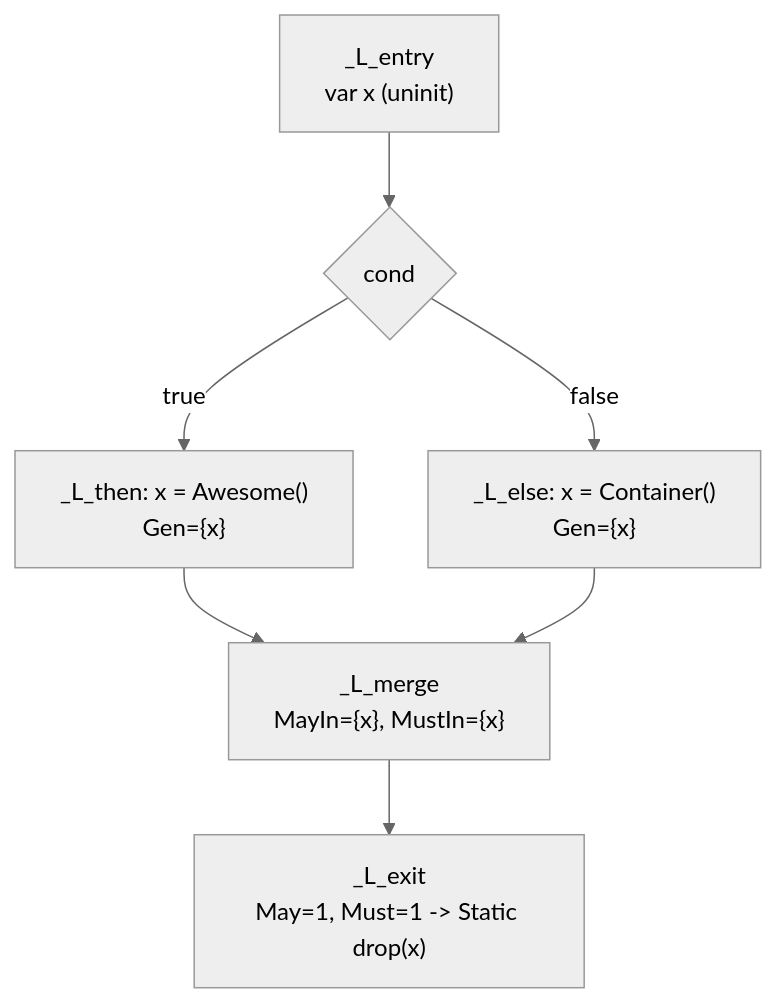
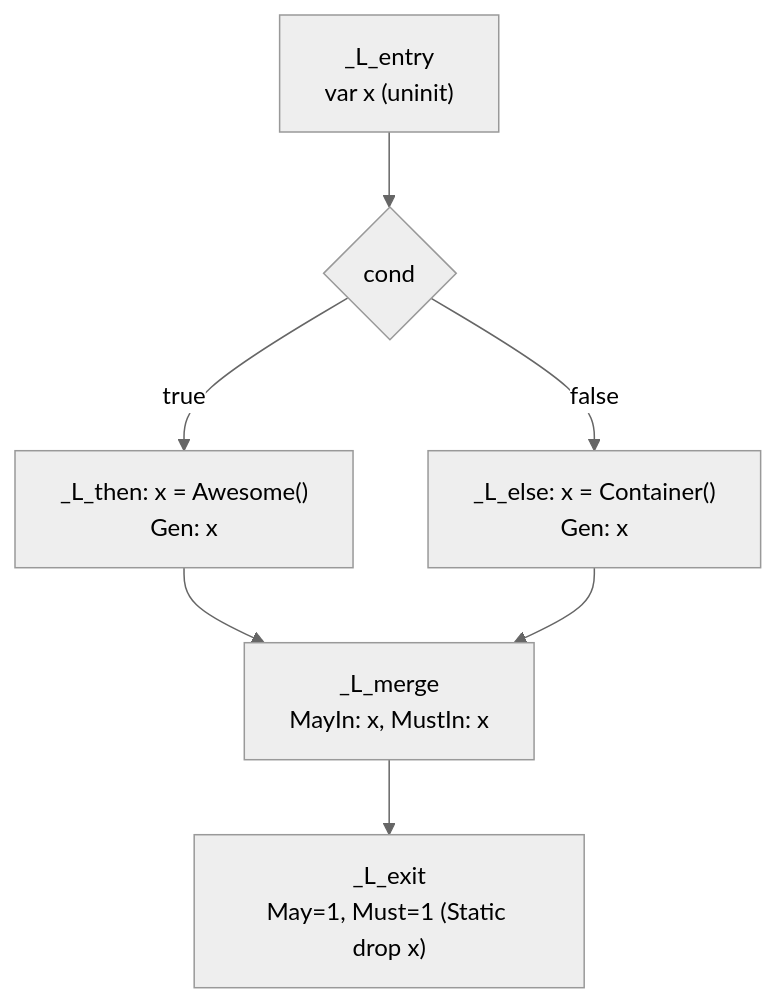
One commit to cxy-lang/cxy changed the sixth of 6 diagrams in src/cxy/lang/middle/memory/README.md. Above: the diagram before and after it, drawn with Mermaid (neutral theme). The commit also changed other lines of this file, not shown here.

Commit message:
docs(mem): sanitize mermaid diagram arrow labels and node text

````diff
--- a/src/cxy/lang/middle/memory/README.md
+++ b/src/cxy/lang/middle/memory/README.md
@@ -192,9 +192,9 @@
 ```mermaid
 flowchart TD
     Entry["_L_entry\nvar x (uninit)"] --> Cond{"cond"}
-    Cond -->|true| Then["_L_then: x = Awesome()\nGen={x}"]
-    Cond -->|false| Else["_L_else: x = Container()\nGen={x}"]
-    Then --> Merge["_L_merge\nMayIn={x}, MustIn={x}"]
+    Cond -->|true| Then["_L_then: x = Awesome()\nGen: x"]
+    Cond -->|false| Else["_L_else: x = Container()\nGen: x"]
+    Then --> Merge["_L_merge\nMayIn: x, MustIn: x"]
     Else --> Merge
-    Merge --> Exit["_L_exit\nMay=1, Must=1 -> Static drop(x)"]
+    Merge --> Exit["_L_exit\nMay=1, Must=1 (Static drop x)"]
 ```
````
